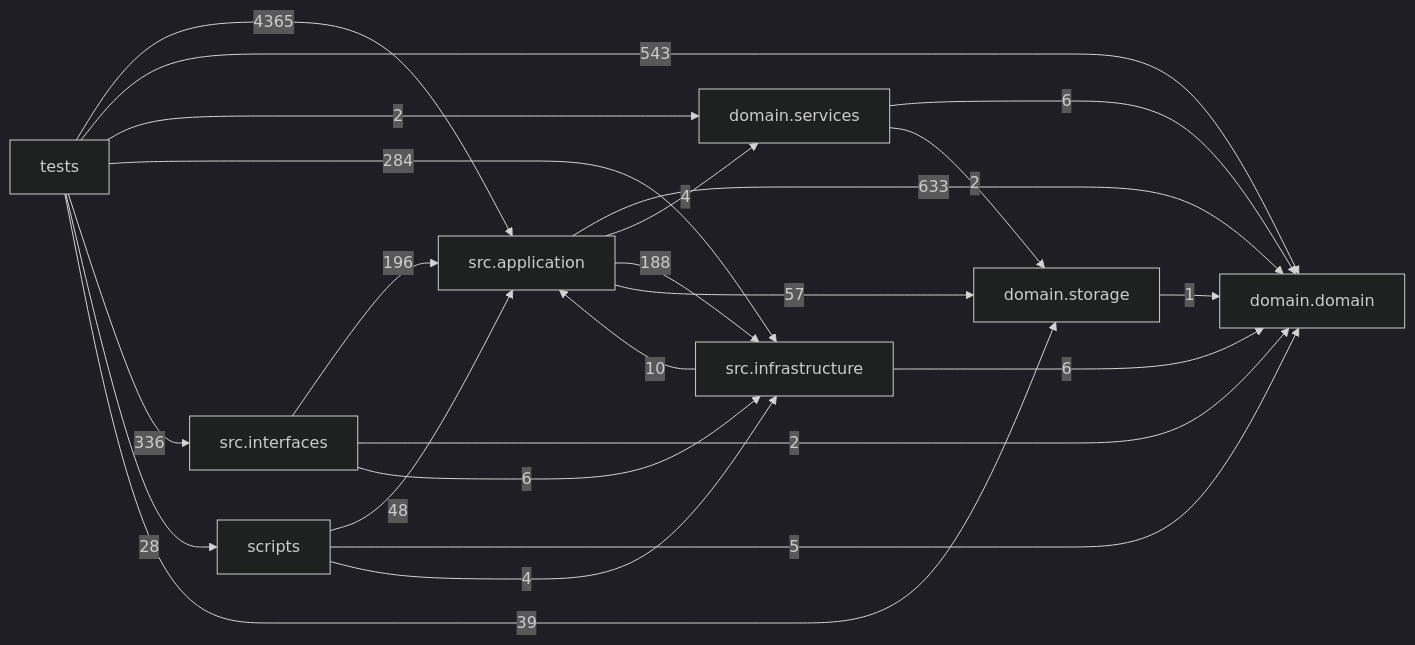
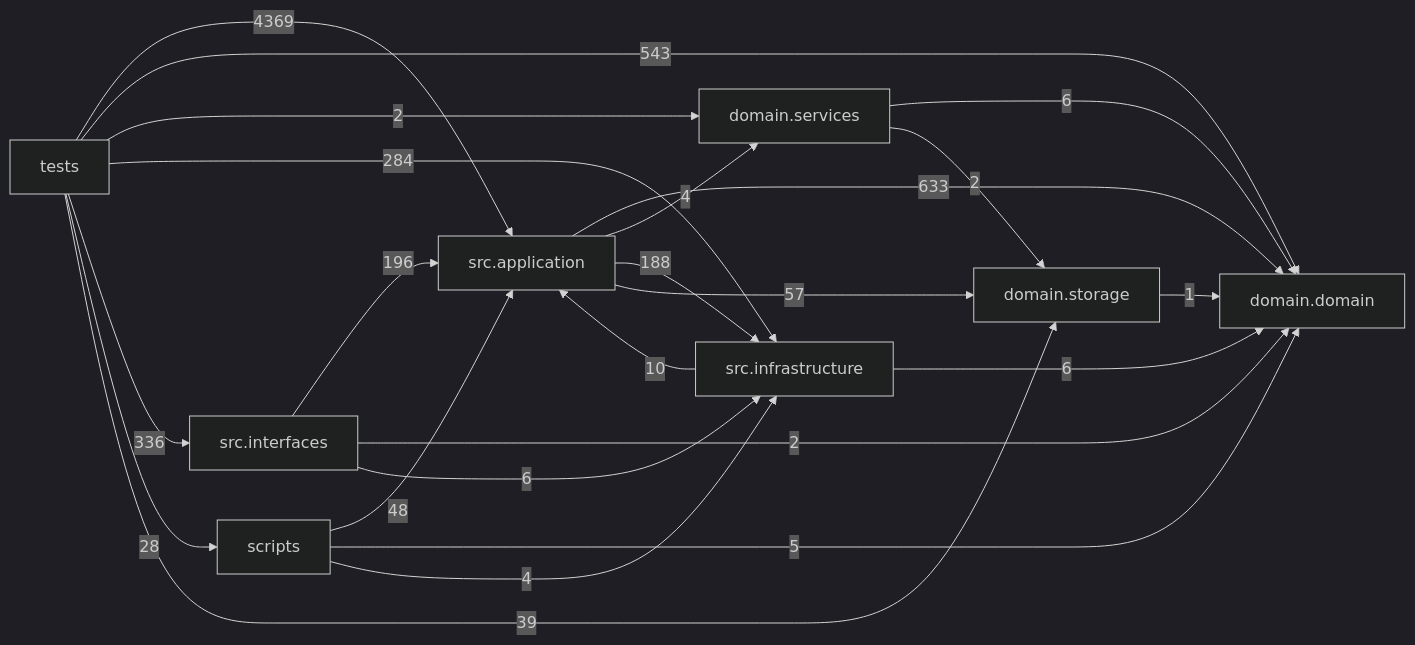
One commit to liuxie066/options-monitor changed the diagram in docs/DEPENDENCY_GRAPH.md. Above: the diagram before and after it, drawn with Mermaid (dark theme). The commit also changed other lines of this file and 4 other files, not shown here.

````diff
--- a/docs/DEPENDENCY_GRAPH.md
+++ b/docs/DEPENDENCY_GRAPH.md
@@ -24,33 +24,33 @@
 ```mermaid
 flowchart LR
   tests["tests"]
   scripts["scripts"]
   interfaces["src.interfaces"]
   application["src.application"]
   infrastructure["src.infrastructure"]
   domain_services["domain.services"]
   domain["domain.domain"]
   storage["domain.storage"]
   application -->|633| domain
   application -->|4| domain_services
   application -->|188| infrastructure
   application -->|57| storage
   domain_services -->|6| domain
   domain_services -->|2| storage
   infrastructure -->|10| application
   infrastructure -->|6| domain
   interfaces -->|196| application
   interfaces -->|2| domain
   interfaces -->|6| infrastructure
   scripts -->|48| application
   scripts -->|5| domain
   scripts -->|4| infrastructure
   storage -->|1| domain
-  tests -->|4365| application
+  tests -->|4369| application
   tests -->|543| domain
   tests -->|2| domain_services
   tests -->|284| infrastructure
   tests -->|336| interfaces
   tests -->|28| scripts
   tests -->|39| storage
 ```
````
